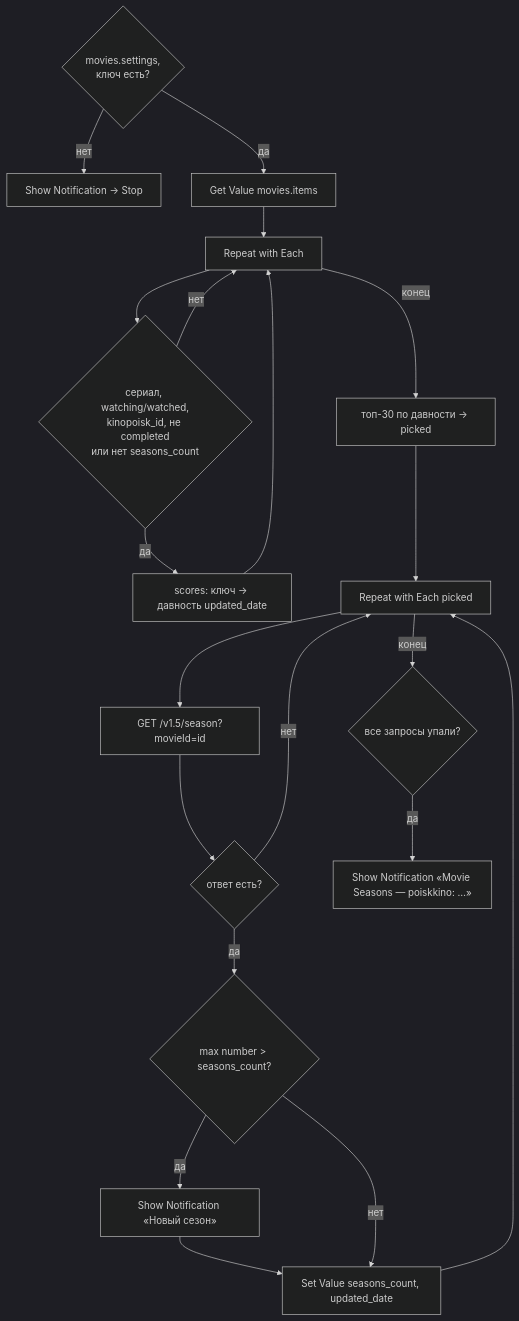
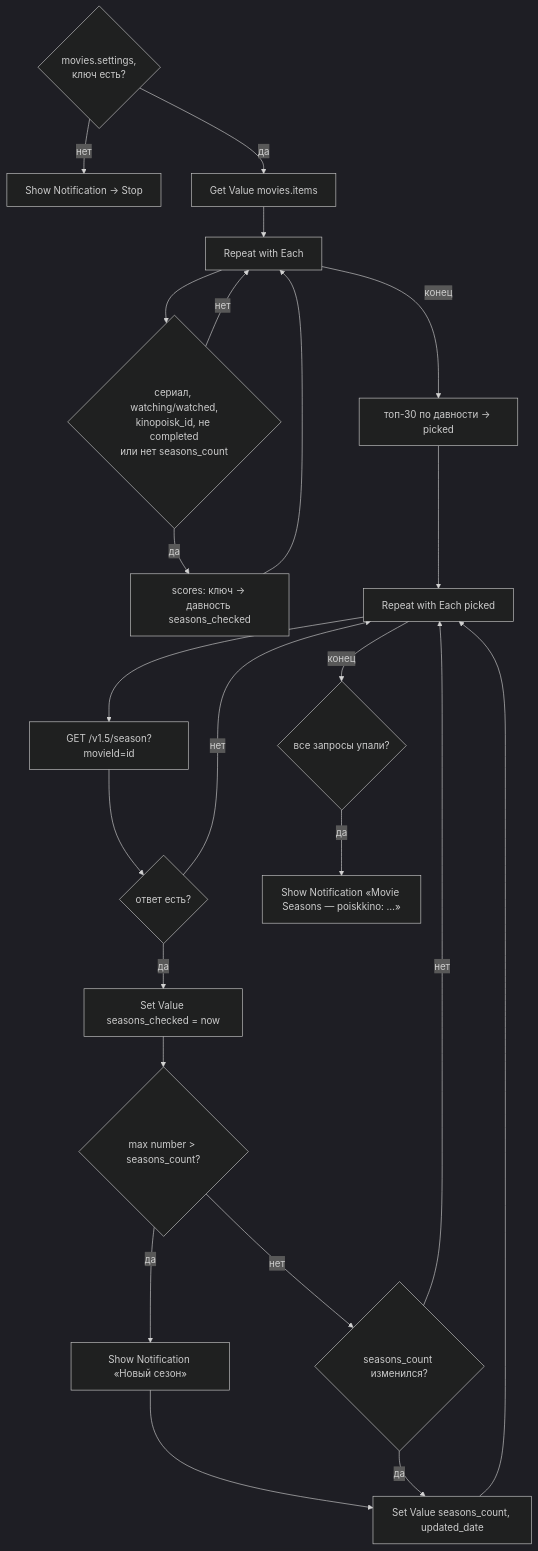
Before and after one commit to Gamspi/movie_gallery: the diagram in seasons/README.md, drawn with Mermaid (dark theme). The commit also changed other lines of this file and 4 other files, not shown here.

````diff
--- a/seasons/README.md
+++ b/seasons/README.md
@@ -17,21 +17,24 @@
 ```mermaid
 flowchart TD
     S{movies.settings,<br/>ключ есть?} -->|нет| Stop[Show Notification → Stop]
     S -->|да| G[Get Value movies.items]
     G --> R[Repeat with Each]
     R --> F{сериал, watching/watched,<br/>kinopoisk_id, не completed<br/>или нет seasons_count}
     F -->|нет| R
-    F -->|да| Sc[scores: ключ → давность updated_date]
+    F -->|да| Sc[scores: ключ → давность seasons_checked]
     Sc --> R
     R -->|конец| Top[топ-30 по давности → picked]
     Top --> P[Repeat with Each picked]
     P --> Req[GET /v1.5/season?movieId=id]
     Req --> Ok{ответ есть?}
     Ok -->|нет| P
-    Ok -->|да| N{max number > seasons_count?}
+    Ok -->|да| Chk[Set Value seasons_checked = now]
+    Chk --> N{max number > seasons_count?}
     N -->|да| Notif[Show Notification «Новый сезон»] --> Upd
-    N -->|нет| Upd[Set Value seasons_count, updated_date]
+    N -->|нет| Ch{seasons_count изменился?}
+    Ch -->|да| Upd[Set Value seasons_count, updated_date]
+    Ch -->|нет| P
     Upd --> P
     P -->|конец| E{все запросы упали?}
     E -->|да| Err[Show Notification «Movie Seasons — poiskkino: …»]
 ```
````
